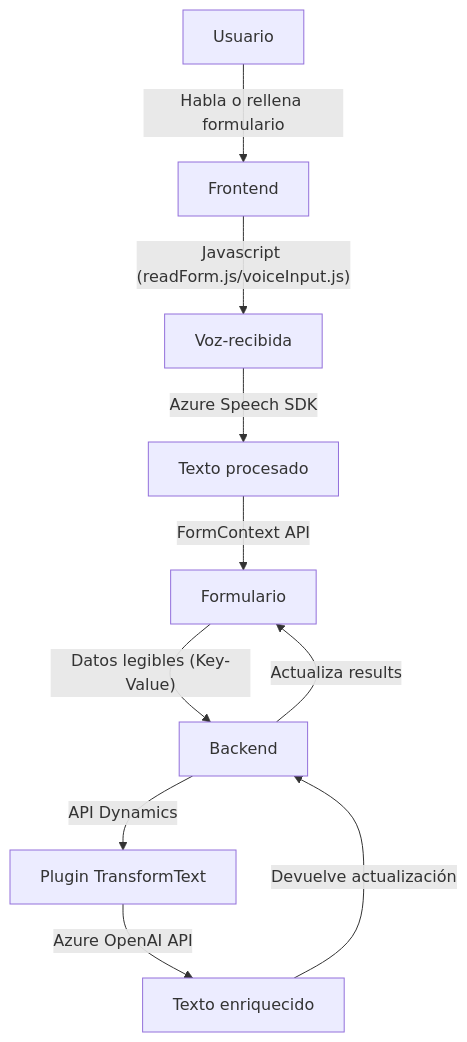
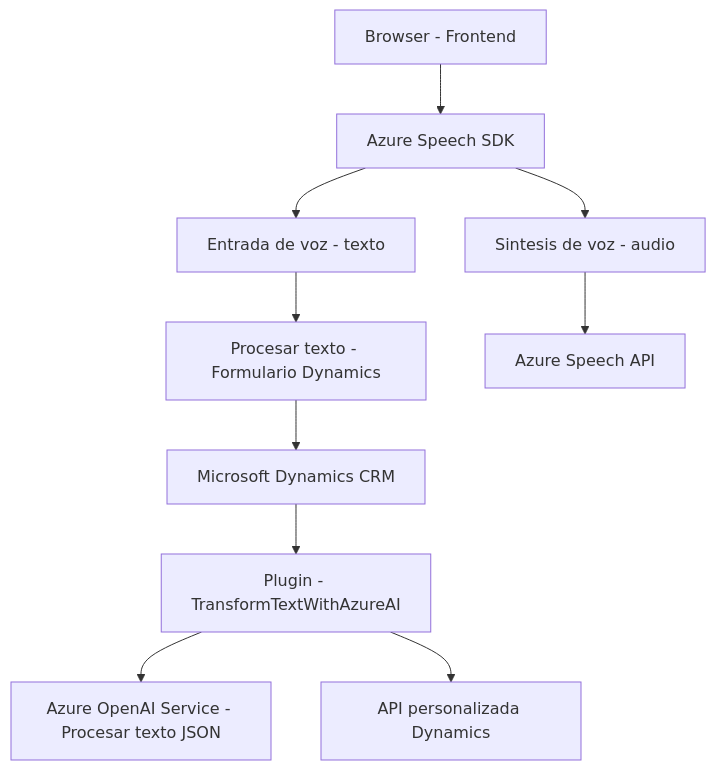
Before and after one commit to blopezdm/NETCORE_BILBAO2025: the diagram in README.md, drawn with Mermaid. The commit also changed other lines of this file, not shown here.

````diff
--- a/README.md
+++ b/README.md
@@ -39,12 +42,12 @@
 ```mermaid
 graph TD
-    A[Usuario] -- Habla o rellena formulario --> B[Frontend]
-    B-- "Javascript (readForm.js/voiceInput.js)" --> C[Voz-recibida]
-    C-- Azure Speech SDK --> D[Texto procesado]
-    D-- "FormContext API" --> E[Formulario]
-    E-- "Datos legibles (Key-Value)" --> F[Backend]
-    F-- API Dynamics --> G[Plugin TransformText]
-    G-- Azure OpenAI API --> H[Texto enriquecido]
-    H-- Devuelve actualización --> F
-    F-- Actualiza results --> E
+    A["Browser - Frontend"] --> B["Azure Speech SDK"]
+    B --> C["Entrada de voz - texto"]
+    B --> D["Sintesis de voz - audio"]
+    C --> E["Procesar texto - Formulario Dynamics"]
+    D --> F["Azure Speech API"]
+    E --> G["Microsoft Dynamics CRM"]
+    G --> H["Plugin - TransformTextWithAzureAI"]
+    H --> I["Azure OpenAI Service - Procesar texto JSON"]
+    H --> J["API personalizada Dynamics"]
 ```
````
